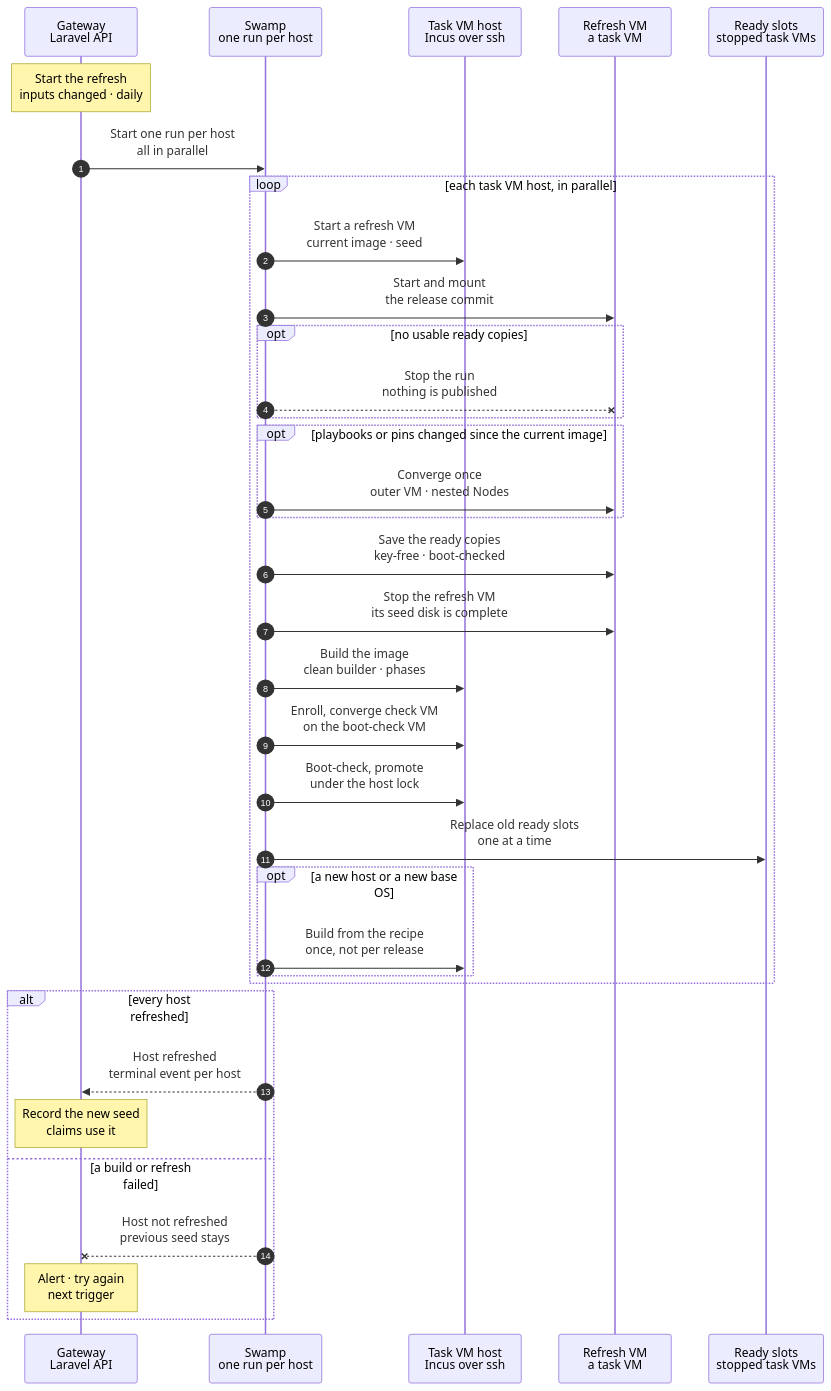
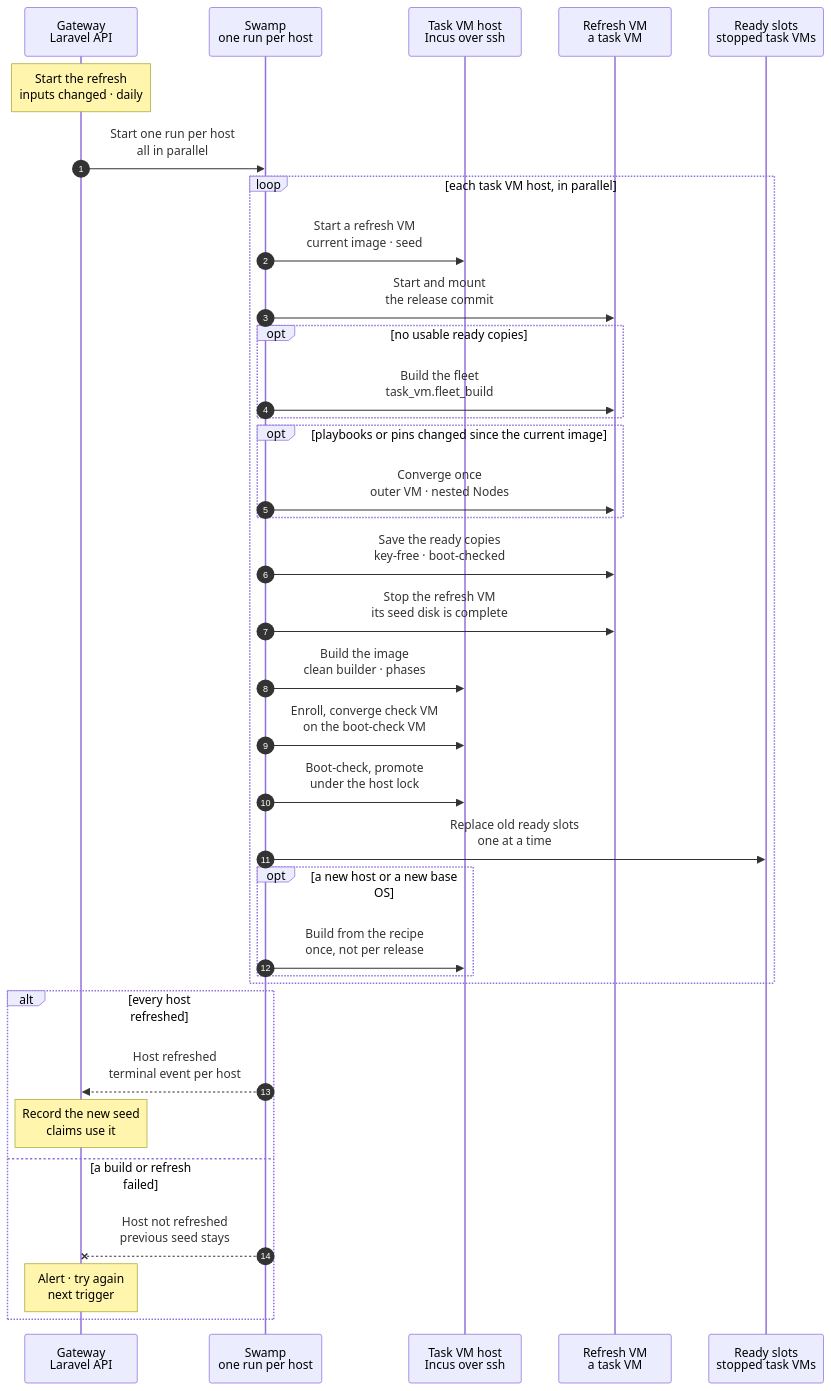
Before and after one commit to hardimpactdev/orbit: the diagram in docs/reference/pipeline/6-task-image-seed-refresh.mmd, drawn with Mermaid. The commit also changed 1 other file, not shown here.

Commit message:
docs(pipeline): a refresh without ready copies builds the fleet as a child

```diff
--- a/docs/reference/pipeline/6-task-image-seed-refresh.mmd
+++ b/docs/reference/pipeline/6-task-image-seed-refresh.mmd
@@ -46,11 +46,12 @@
     %%> - starts the nested fleet from the current ready copies, mounts that checkout over NFS and runs the apply step, as in stage 2
     %%> Built: all of it is the child `task-nested-fleet` of `operation-task-provision` (the mount and apply, the readiness check with Doctor, and the `base` snapshot), so the refresh saves ready copies only from a fleet that passed its readiness check
     opt no usable ready copies
-      SW--xVM: Stop the run<br/>nothing is published
-      %%> Decided by the orchestrator, for Nick's review:
-      %%> - a seed without usable ready copies gives a VM without a nested fleet, so the refresh fails at `Check the fleet`, before the clean and the publication; the host keeps its image and its seed
-      %%> - the refresh does not call the fleet build as a child: the build captures its intent from a ready VM (`task_vm.fleet_build_refused` otherwise), but a refresh captures its whole intent before its VM exists, and the build is a long run with a budget of its own; for a new host or a broken seed the operator runs `task_vm.fleet_build` and `task_vm.ready_copies`, then refreshes
-      %%> Built: the step `Check the fleet` of the run
+      SW->>VM: Build the fleet<br/>task_vm.fleet_build
+      %%> Decided by the orchestrator, for Nick's review (Nick approved 2026-11-06):
+      %%> - a refresh of a host whose seed holds no usable ready copies (a new host, a new image or copies of an older format) runs the nested fleet build as a child in the refresh VM (chart `docs/cli/tasks/vm-fleet-build.mmd`), automatically and with no flag; the save of the ready copies follows
+      %%> - the step is skipped when the provision started the fleet from ready copies; the run needs no check of its own, because a failed build fails the run before the save
+      %%> - the refresh admits the fleet-build intent with the rest of its intent, before its VM exists: the host keys of the guest are pinned by the VM step, as for the ready copies, and the build takes the proof Club key as the save does
+      %%> Built: the step `Build the fleet`, the child `operation-task-vm-fleet-build`
     end
     opt playbooks or pins changed since the current image
       SW->>VM: Converge once<br/>outer VM · nested Nodes
```
